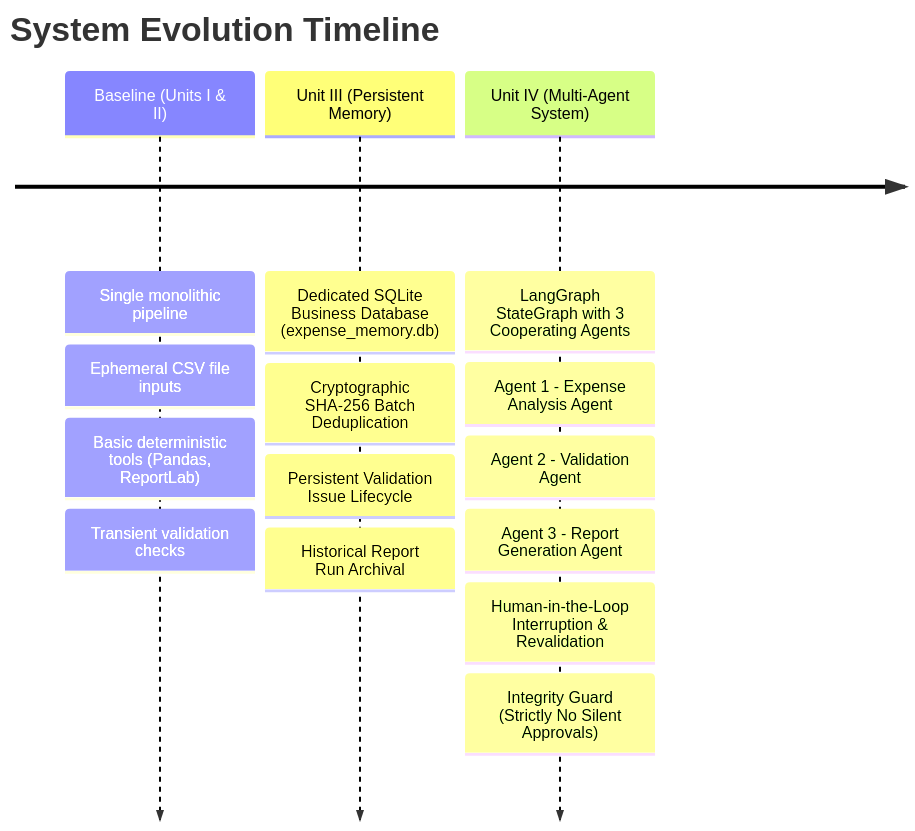
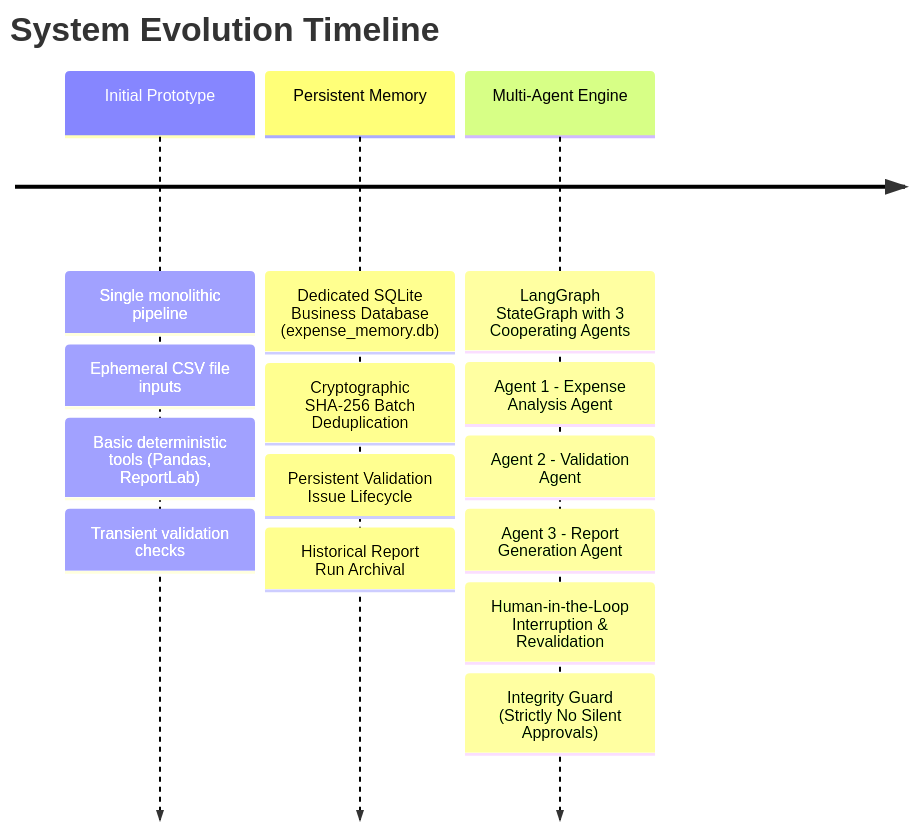
One commit to phadshubham/AI-Agent-Expense-Report changed the first of 3 diagrams in SYSTEM_EVOLUTION_AND_UNIT_3_4_WORKFLOW.md. Above: the diagram before and after it, drawn with Mermaid. The commit also changed other lines of this file and 65 other files, not shown here.

Commit message:
refactor: restructure project layout with dedicated tools, test suites, and agent workflows

````diff
--- a/SYSTEM_EVOLUTION_AND_UNIT_3_4_WORKFLOW.md
+++ b/SYSTEM_EVOLUTION_AND_UNIT_3_4_WORKFLOW.md
@@ -47,18 +47,18 @@
 ```mermaid
 timeline
     title System Evolution Timeline
-    Baseline (Units I & II) : Single monolithic pipeline
-                            : Ephemeral CSV file inputs
-                            : Basic deterministic tools (Pandas, ReportLab)
-                            : Transient validation checks
-    Unit III (Persistent Memory) : Dedicated SQLite Business Database (expense_memory.db)
-                                 : Cryptographic SHA-256 Batch Deduplication
-                                 : Persistent Validation Issue Lifecycle
-                                 : Historical Report Run Archival
-    Unit IV (Multi-Agent System) : LangGraph StateGraph with 3 Cooperating Agents
-                                 : Agent 1 - Expense Analysis Agent
-                                 : Agent 2 - Validation Agent
+    Initial Prototype : Single monolithic pipeline
+                      : Ephemeral CSV file inputs
+                      : Basic deterministic tools (Pandas, ReportLab)
+                      : Transient validation checks
+    Persistent Memory : Dedicated SQLite Business Database (expense_memory.db)
+                      : Cryptographic SHA-256 Batch Deduplication
+                      : Persistent Validation Issue Lifecycle
+                      : Historical Report Run Archival
+    Multi-Agent Engine : LangGraph StateGraph with 3 Cooperating Agents
+                       : Agent 1 - Expense Analysis Agent
+                       : Agent 2 - Validation Agent
                                  : Agent 3 - Report Generation Agent
                                  : Human-in-the-Loop Interruption & Revalidation
                                  : Integrity Guard (Strictly No Silent Approvals)
 ```
````
